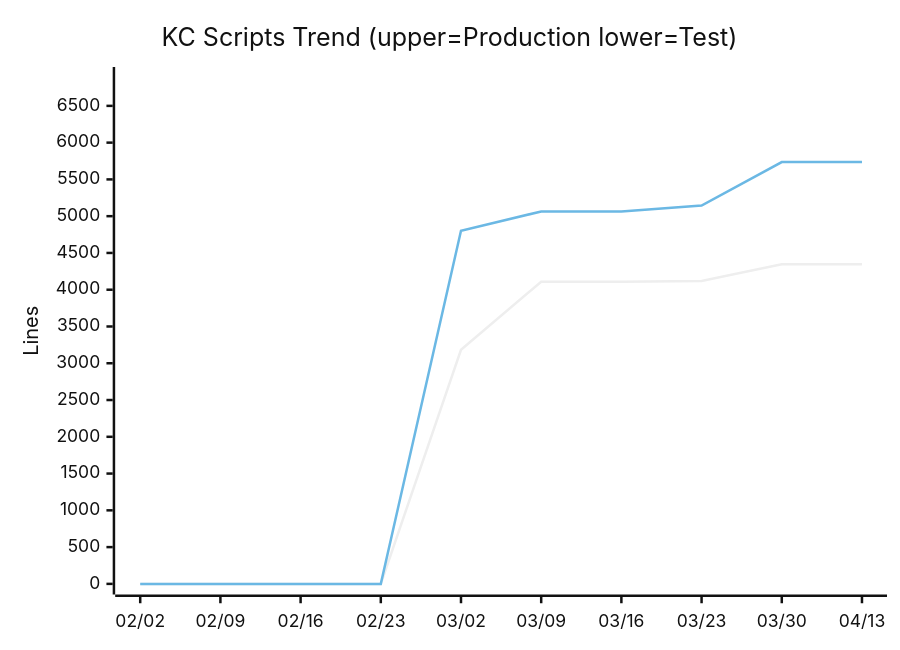
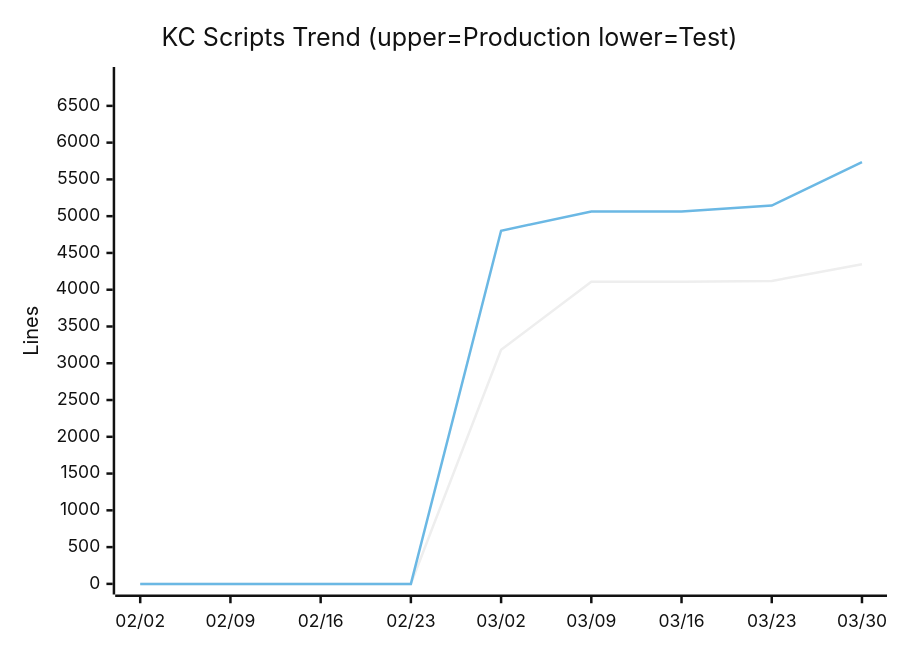
Before and after one commit to nablarch/nabledge-dev: diagram 11 of 14 in docs/metrics.md, drawn with Mermaid (neutral theme). The commit also changed other lines of this file and 1 other file, not shown here.

````diff
--- a/docs/metrics.md
+++ b/docs/metrics.md
@@ -144,8 +142,8 @@
 ```mermaid
 xychart-beta
   title "KC Scripts Trend (upper=Production  lower=Test)"
-  x-axis ["02/02", "02/09", "02/16", "02/23", "03/02", "03/09", "03/16", "03/23", "03/30", "04/13"]
+  x-axis ["02/02", "02/09", "02/16", "02/23", "03/02", "03/09", "03/16", "03/23", "03/30"]
   y-axis "Lines" 0 --> 6884
-  line [0, 0, 0, 0, 3183, 4109, 4109, 4119, 4347, 4347]
-  line [0, 0, 0, 0, 4802, 5064, 5064, 5145, 5736, 5736]
+  line [0, 0, 0, 0, 3183, 4109, 4109, 4119, 4347]
+  line [0, 0, 0, 0, 4802, 5064, 5064, 5145, 5736]
 ```
````
